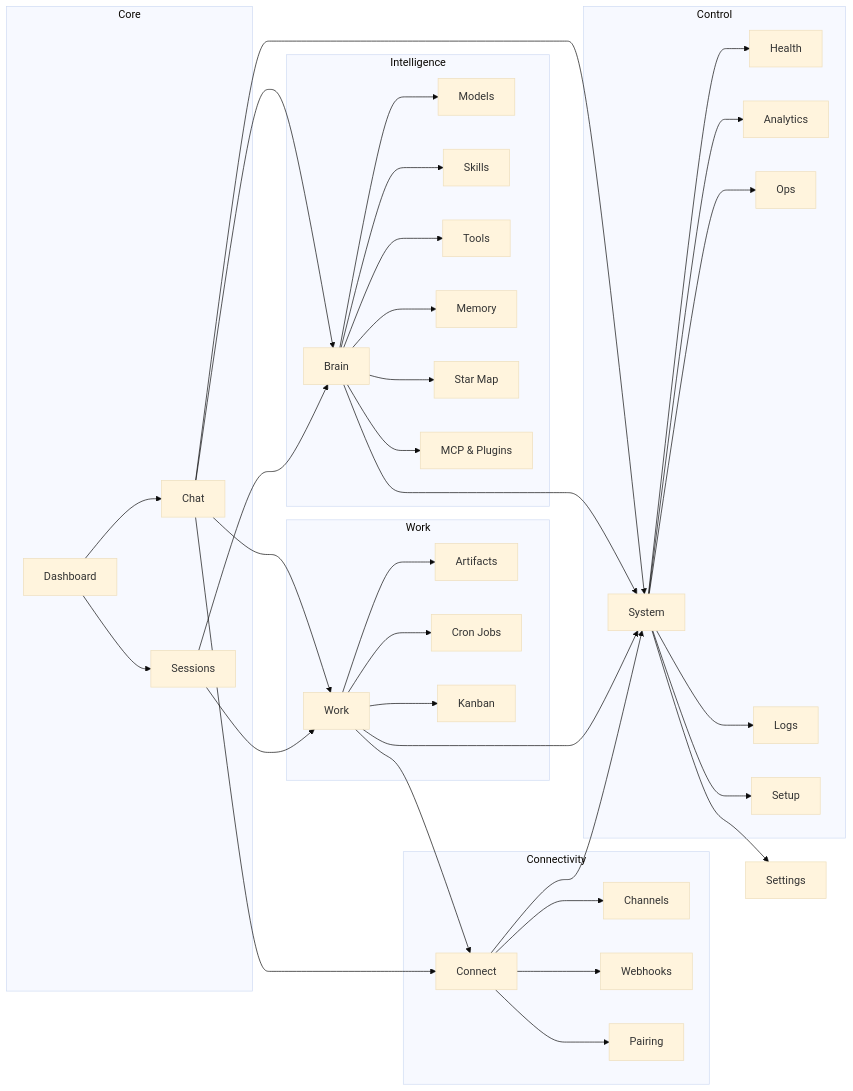
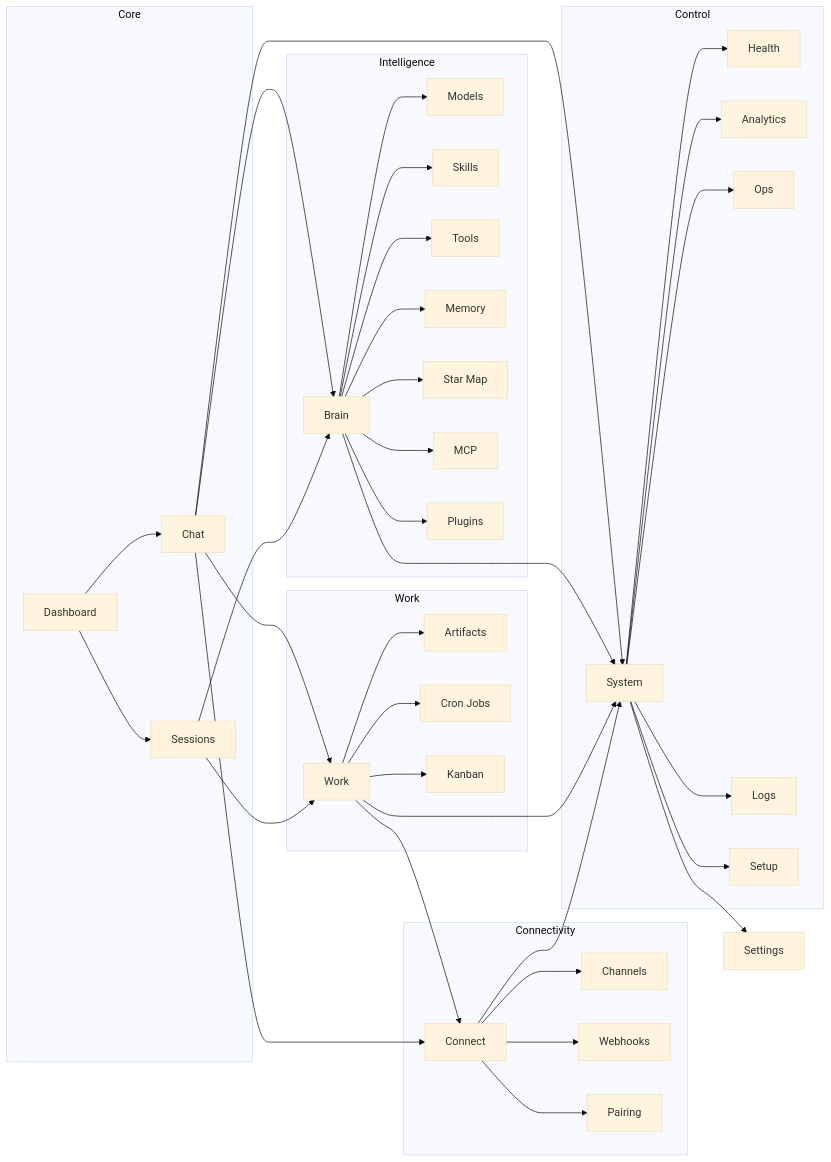
One commit to shilp26/hermes-go changed the diagram in README.md. Above: the diagram before and after it, drawn with Mermaid (base theme). The commit also changed other lines of this file and 3 other files, not shown here.

Commit message:
Split MCP & Plugins into separate segments (40 total); update README license/roadmap; fix changelog (widget/share = configured, not shipped)

````diff
--- a/README.md
+++ b/README.md
@@ -46,43 +46,44 @@
 ```mermaid
 graph LR
     subgraph Core
         D[Dashboard] --> C[Chat]
         D --> S[Sessions]
     end
     subgraph Intelligence
         B[Brain] --> M[Models]
         B --> SK[Skills]
         B --> T[Tools]
         B --> ME[Memory]
         B --> SM[Star Map]
-        B --> MCP[MCP & Plugins]
+        B --> MCP[MCP]
+        B --> PL[Plugins]
     end
     subgraph Work
         W[Work] --> A[Artifacts]
         W --> CR[Cron Jobs]
         W --> K[Kanban]
     end
     subgraph Connectivity
         CO[Connect] --> CH[Channels]
         CO --> WH[Webhooks]
         CO --> PA[Pairing]
     end
     subgraph Control
         SY[System] --> H[Health]
         SY --> AN[Analytics]
         SY --> OP[Ops]
         SY --> LO[Logs]
         SY --> SE[Setup]
     end
     C --> B
     C --> W
     C --> CO
     C --> SY
     S --> B
     S --> W
     B --> SY
     W --> SY
     W --> CO
     CO --> SY
     SY --> ST[Settings]
 ```
````
